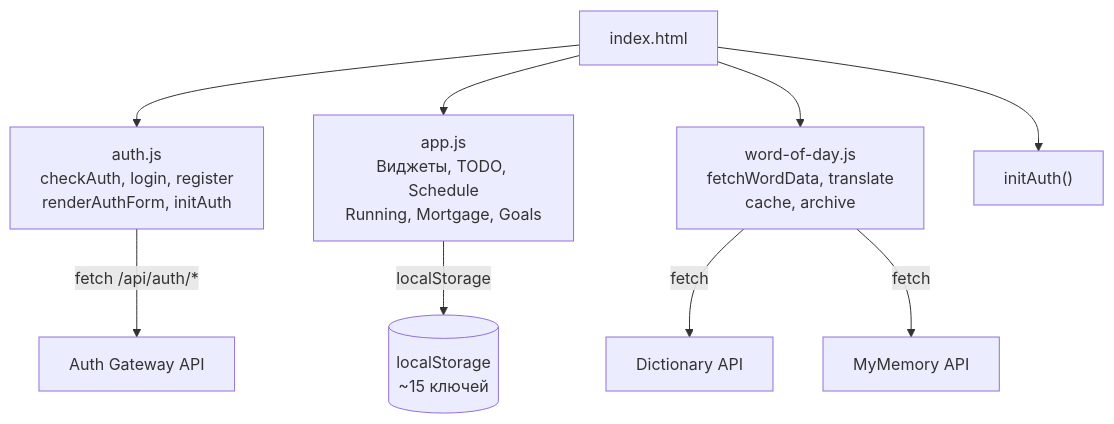
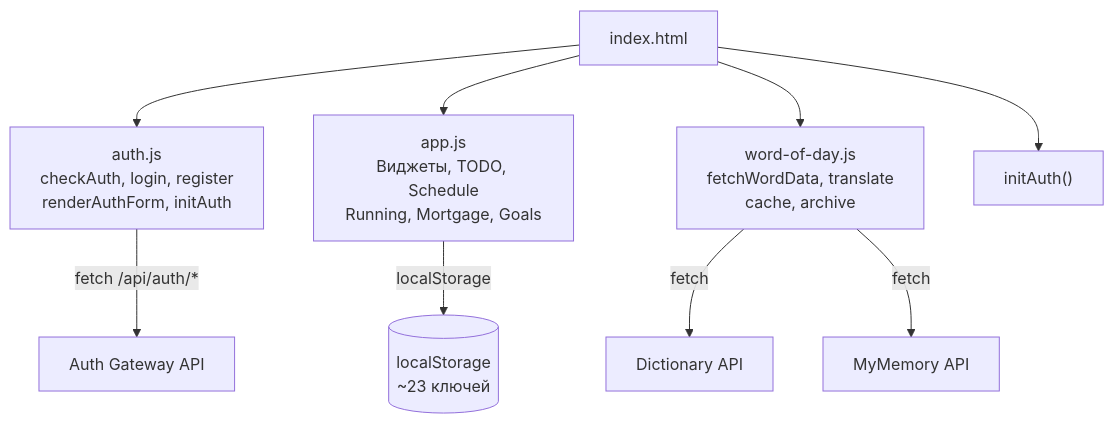
Before and after one commit to Finc8888/Dashboard: the fourth of 13 diagrams in ARCHITECTURE.md, drawn with Mermaid. The commit also changed other lines of this file and 12 other files, not shown here.

````diff
--- a/ARCHITECTURE.md
+++ b/ARCHITECTURE.md
@@ -193,12 +196,12 @@
 ```mermaid
 flowchart TB
     HTML["index.html"] --> AUTH_JS["auth.js<br/>checkAuth, login, register<br/>renderAuthForm, initAuth"]
     HTML --> APP_JS["app.js<br/>Виджеты, TODO, Schedule<br/>Running, Mortgage, Goals"]
     HTML --> WOD_JS["word-of-day.js<br/>fetchWordData, translate<br/>cache, archive"]
     HTML --> INIT["initAuth()"]
 
     AUTH_JS -->|"fetch /api/auth/*"| AUTH_API["Auth Gateway API"]
-    APP_JS -->|"localStorage"| LS[("localStorage<br/>~15 ключей")]
+    APP_JS -->|"localStorage"| LS[("localStorage<br/>~23 ключей")]
     WOD_JS -->|"fetch"| DICT_API["Dictionary API"]
     WOD_JS -->|"fetch"| TRANS_API["MyMemory API"]
 ```
````
